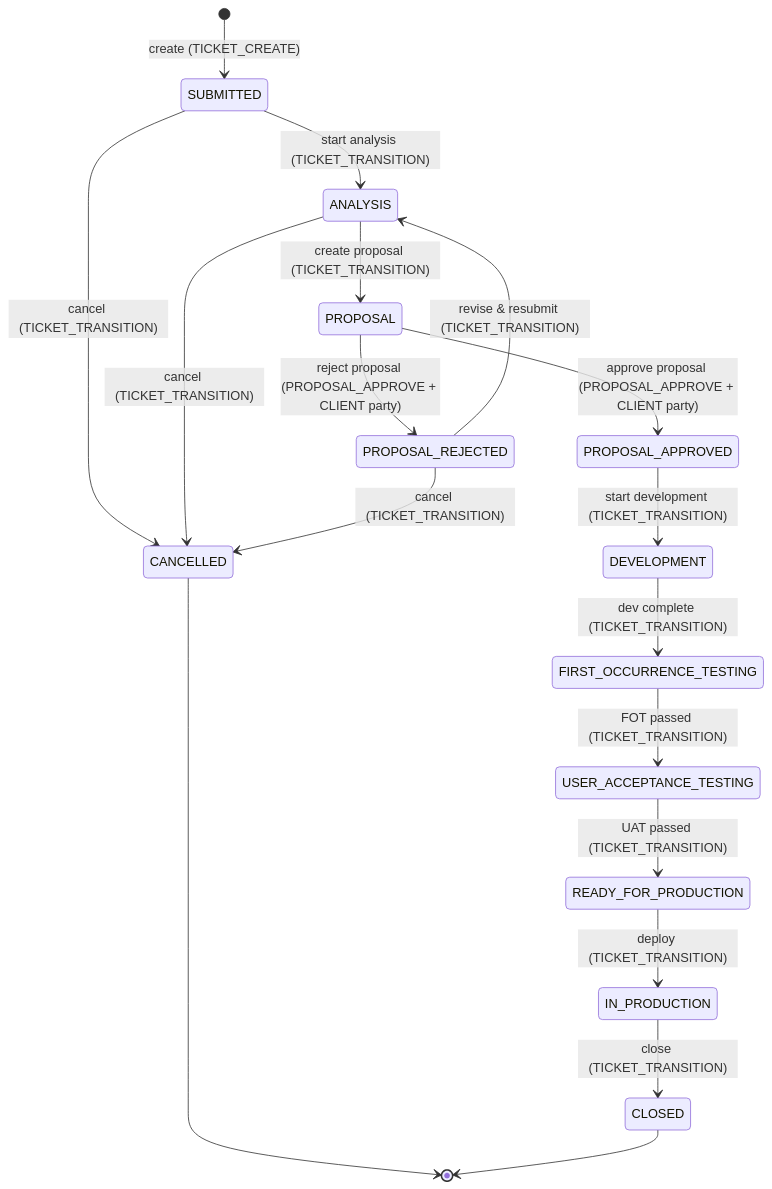
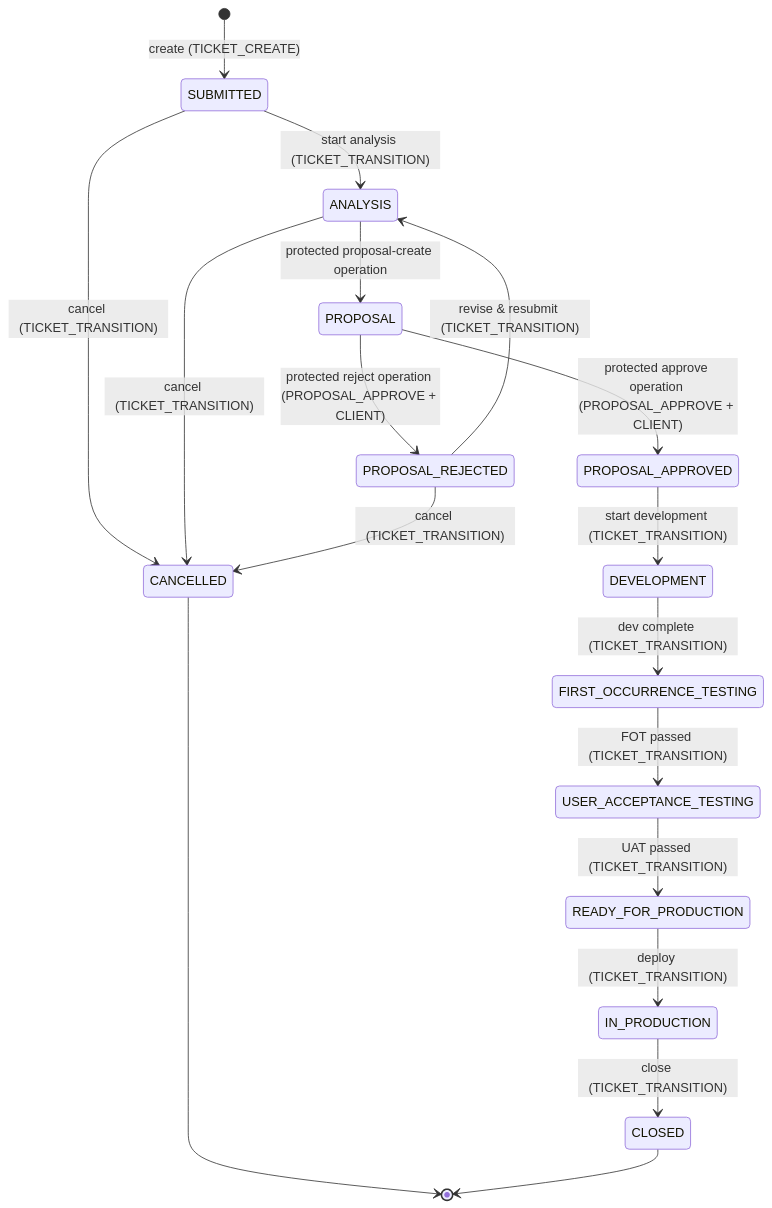
Before and after one commit to AleksV3/ticketFlow1: the diagram in specs/001-ticketing-mvp/features/US1-change-request.md, drawn with Mermaid. The commit also changed other lines of this file and 33 other files, not shown here.

````diff
--- a/specs/001-ticketing-mvp/features/US1-change-request.md
+++ b/specs/001-ticketing-mvp/features/US1-change-request.md
@@ -21,20 +21,20 @@
 ```mermaid
 stateDiagram-v2
     [*] --> SUBMITTED: create (TICKET_CREATE)
     SUBMITTED --> ANALYSIS: start analysis (TICKET_TRANSITION)
     SUBMITTED --> CANCELLED: cancel (TICKET_TRANSITION)
-    ANALYSIS --> PROPOSAL: create proposal (TICKET_TRANSITION)
+    ANALYSIS --> PROPOSAL: protected proposal-create operation
     ANALYSIS --> CANCELLED: cancel (TICKET_TRANSITION)
-    PROPOSAL --> PROPOSAL_APPROVED: approve proposal (PROPOSAL_APPROVE + CLIENT party)
-    PROPOSAL --> PROPOSAL_REJECTED: reject proposal (PROPOSAL_APPROVE + CLIENT party)
+    PROPOSAL --> PROPOSAL_APPROVED: protected approve operation (PROPOSAL_APPROVE + CLIENT)
+    PROPOSAL --> PROPOSAL_REJECTED: protected reject operation (PROPOSAL_APPROVE + CLIENT)
     PROPOSAL_REJECTED --> ANALYSIS: revise & resubmit (TICKET_TRANSITION)
     PROPOSAL_REJECTED --> CANCELLED: cancel (TICKET_TRANSITION)
     PROPOSAL_APPROVED --> DEVELOPMENT: start development (TICKET_TRANSITION)
     DEVELOPMENT --> FIRST_OCCURRENCE_TESTING: dev complete (TICKET_TRANSITION)
     FIRST_OCCURRENCE_TESTING --> USER_ACCEPTANCE_TESTING: FOT passed (TICKET_TRANSITION)
     USER_ACCEPTANCE_TESTING --> READY_FOR_PRODUCTION: UAT passed (TICKET_TRANSITION)
     READY_FOR_PRODUCTION --> IN_PRODUCTION: deploy (TICKET_TRANSITION)
     IN_PRODUCTION --> CLOSED: close (TICKET_TRANSITION)
     CANCELLED --> [*]
     CLOSED --> [*]
 ```
````
